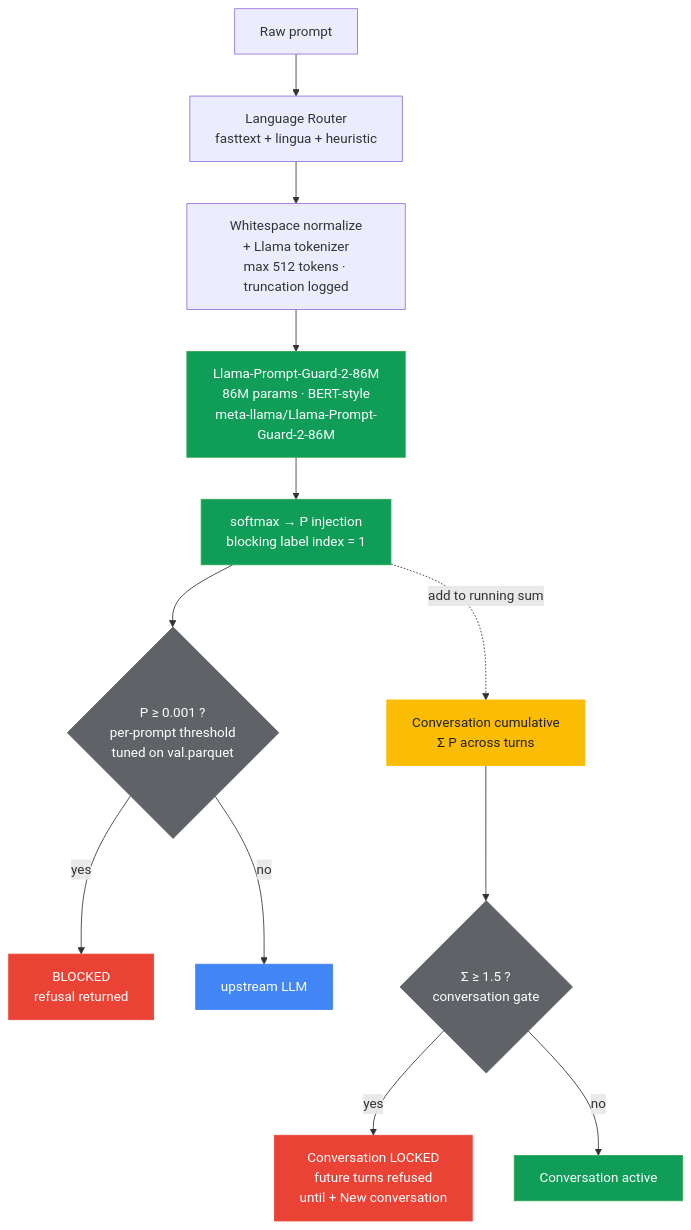
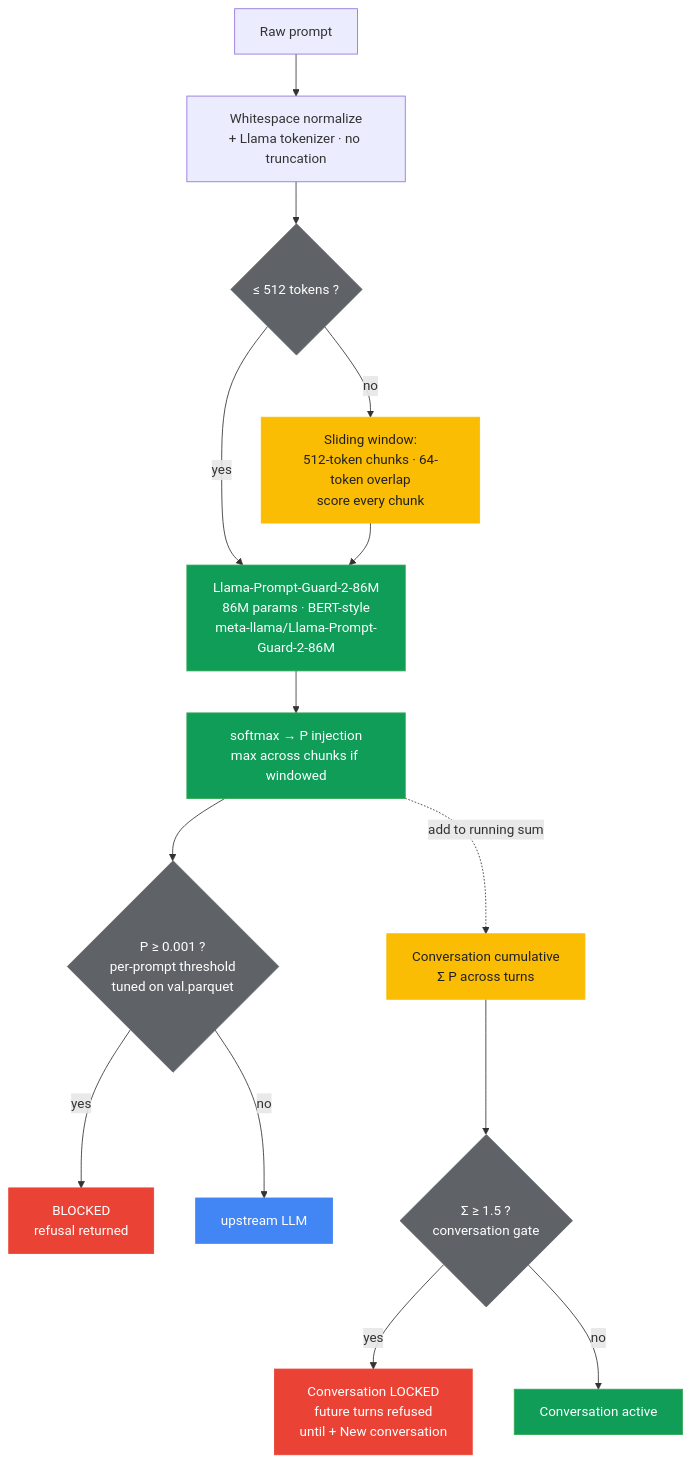
The second of 2 diagrams in README.md (karimelmasry42/llm-firewall), drawn with Mermaid before and after one commit. The commit also changed other lines of this file and 4 other files, not shown here.

````diff
--- a/README.md
+++ b/README.md
@@ -89,23 +89,27 @@
 ```mermaid
 flowchart TB
-    P[Raw prompt] --> R[Language Router<br/>fasttext + lingua + heuristic]
-    R --> N[Whitespace normalize<br/>+ Llama tokenizer<br/>max 512 tokens · truncation logged]
-    N --> M[Llama-Prompt-Guard-2-86M<br/>86M params · BERT-style<br/>meta-llama/Llama-Prompt-Guard-2-86M]
-    M --> S[softmax → P injection<br/>blocking label index = 1]
+    P[Raw prompt] --> N[Whitespace normalize<br/>+ Llama tokenizer · no truncation]
+    N --> SHORT{≤ 512 tokens ?}
+    SHORT -->|yes| M[Llama-Prompt-Guard-2-86M<br/>86M params · BERT-style<br/>meta-llama/Llama-Prompt-Guard-2-86M]
+    SHORT -->|no| W[Sliding window:<br/>512-token chunks · 64-token overlap<br/>score every chunk]
+    W --> M
+    M --> S[softmax → P injection<br/>max across chunks if windowed]
     S --> GP{P ≥ 0.001 ?<br/>per-prompt threshold<br/>tuned on val.parquet}
     GP -->|yes| BL[BLOCKED<br/>refusal returned]
     GP -->|no| UP[upstream LLM]
     S -.->|add to running sum| CT[Conversation cumulative<br/>Σ P across turns]
     CT --> GC{Σ ≥ 1.5 ?<br/>conversation gate}
     GC -->|yes| LK[Conversation LOCKED<br/>future turns refused<br/>until + New conversation]
     GC -->|no| AC[Conversation active]
     style M fill:#0f9d58,stroke:#34a853,color:#fff
     style S fill:#0f9d58,stroke:#34a853,color:#fff
     style BL fill:#ea4335,stroke:#ea4335,color:#fff
     style LK fill:#ea4335,stroke:#ea4335,color:#fff
     style UP fill:#4285f4,stroke:#4285f4,color:#fff
     style AC fill:#0f9d58,stroke:#34a853,color:#fff
     style CT fill:#fbbc04,stroke:#fbbc04,color:#202124
+    style W fill:#fbbc04,stroke:#fbbc04,color:#202124
     style GP fill:#5f6368,stroke:#5f6368,color:#fff
     style GC fill:#5f6368,stroke:#5f6368,color:#fff
+    style SHORT fill:#5f6368,stroke:#5f6368,color:#fff
 ```
````
